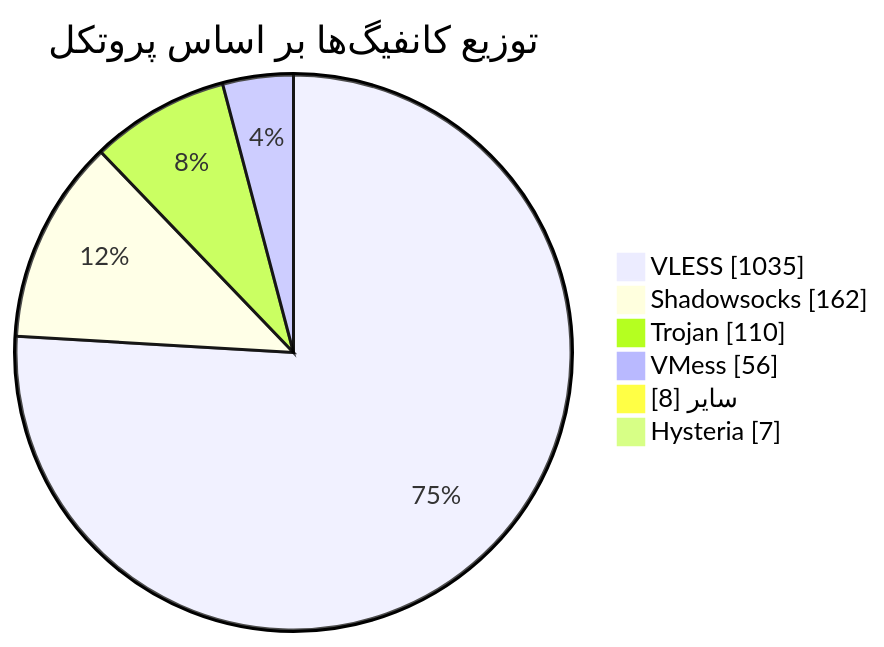
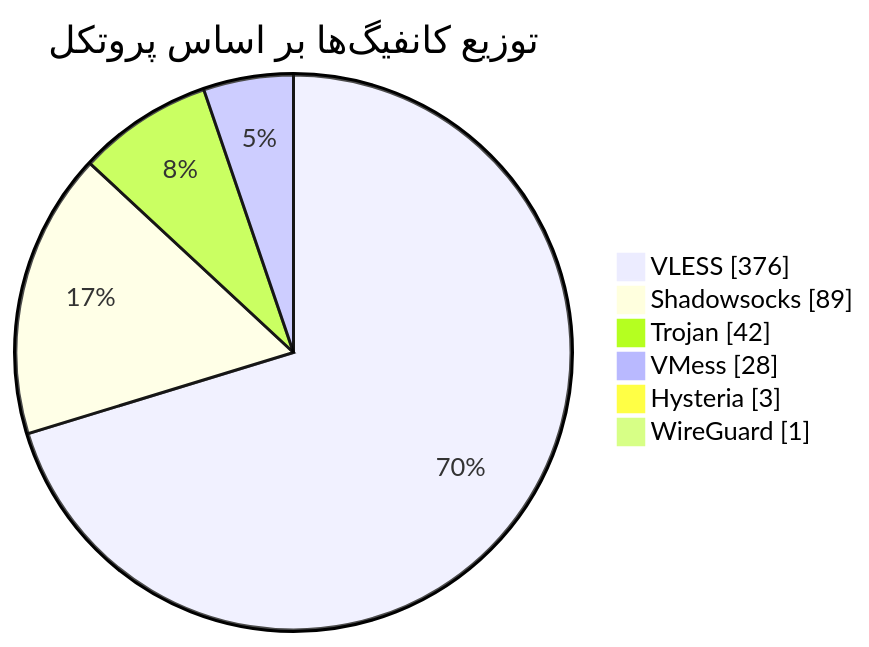
Before and after one commit to Arian-Alijani/Somthing: the diagram in README.md, drawn with Mermaid. The commit also changed other lines of this file and 115 other files, not shown here.

````diff
--- a/README.md
+++ b/README.md
@@ -48,10 +48,10 @@
 ```mermaid
 pie showData
     title توزیع کانفیگ‌ها بر اساس پروتکل
-    "VLESS" : 1035
-    "Shadowsocks" : 162
-    "Trojan" : 110
-    "VMess" : 56
-    "سایر" : 8
-    "Hysteria" : 7
+    "VLESS" : 376
+    "Shadowsocks" : 89
+    "Trojan" : 42
+    "VMess" : 28
+    "Hysteria" : 3
+    "WireGuard" : 1
 ```
````
